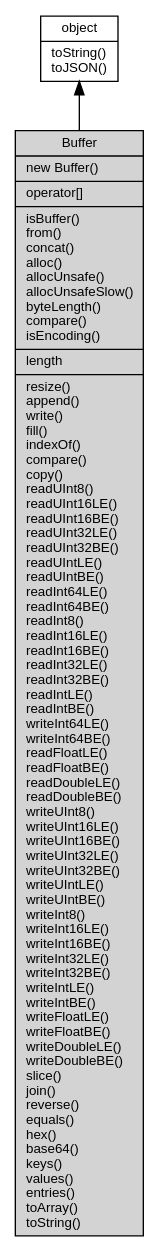
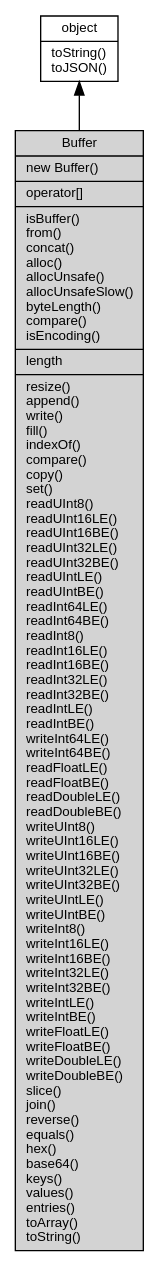
The diagram in docs/manual/object/ifs/Buffer.md (fibjs/fibjs.org), drawn with Graphviz before and after one commit. The commit also changed other lines of this file and 216 other files, not shown here.

````diff
--- a/docs/manual/object/ifs/Buffer.md
+++ b/docs/manual/object/ifs/Buffer.md
@@ -11,10 +11,10 @@
 ```dot
 digraph {
     node [fontname="Helvetica,sans-Serif", fontsize=10, shape="record", style="filled", fillcolor="white"];
 
     object [tooltip="object", URL="object.md", label="{object|toString()\ltoJSON()\l}"];
-    Buffer [tooltip="Buffer", fillcolor="lightgray", id="me", label="{Buffer|new Buffer()\l|operator[]\l|isBuffer()\lfrom()\lconcat()\lalloc()\lallocUnsafe()\lallocUnsafeSlow()\lbyteLength()\lcompare()\lisEncoding()\l|length\l|resize()\lappend()\lwrite()\lfill()\lindexOf()\lcompare()\lcopy()\lreadUInt8()\lreadUInt16LE()\lreadUInt16BE()\lreadUInt32LE()\lreadUInt32BE()\lreadUIntLE()\lreadUIntBE()\lreadInt64LE()\lreadInt64BE()\lreadInt8()\lreadInt16LE()\lreadInt16BE()\lreadInt32LE()\lreadInt32BE()\lreadIntLE()\lreadIntBE()\lwriteInt64LE()\lwriteInt64BE()\lreadFloatLE()\lreadFloatBE()\lreadDoubleLE()\lreadDoubleBE()\lwriteUInt8()\lwriteUInt16LE()\lwriteUInt16BE()\lwriteUInt32LE()\lwriteUInt32BE()\lwriteUIntLE()\lwriteUIntBE()\lwriteInt8()\lwriteInt16LE()\lwriteInt16BE()\lwriteInt32LE()\lwriteInt32BE()\lwriteIntLE()\lwriteIntBE()\lwriteFloatLE()\lwriteFloatBE()\lwriteDoubleLE()\lwriteDoubleBE()\lslice()\ljoin()\lreverse()\lequals()\lhex()\lbase64()\lkeys()\lvalues()\lentries()\ltoArray()\ltoString()\l}"];
+    Buffer [tooltip="Buffer", fillcolor="lightgray", id="me", label="{Buffer|new Buffer()\l|operator[]\l|isBuffer()\lfrom()\lconcat()\lalloc()\lallocUnsafe()\lallocUnsafeSlow()\lbyteLength()\lcompare()\lisEncoding()\l|length\l|resize()\lappend()\lwrite()\lfill()\lindexOf()\lcompare()\lcopy()\lset()\lreadUInt8()\lreadUInt16LE()\lreadUInt16BE()\lreadUInt32LE()\lreadUInt32BE()\lreadUIntLE()\lreadUIntBE()\lreadInt64LE()\lreadInt64BE()\lreadInt8()\lreadInt16LE()\lreadInt16BE()\lreadInt32LE()\lreadInt32BE()\lreadIntLE()\lreadIntBE()\lwriteInt64LE()\lwriteInt64BE()\lreadFloatLE()\lreadFloatBE()\lreadDoubleLE()\lreadDoubleBE()\lwriteUInt8()\lwriteUInt16LE()\lwriteUInt16BE()\lwriteUInt32LE()\lwriteUInt32BE()\lwriteUIntLE()\lwriteUIntBE()\lwriteInt8()\lwriteInt16LE()\lwriteInt16BE()\lwriteInt32LE()\lwriteInt32BE()\lwriteIntLE()\lwriteIntBE()\lwriteFloatLE()\lwriteFloatBE()\lwriteDoubleLE()\lwriteDoubleBE()\lslice()\ljoin()\lreverse()\lequals()\lhex()\lbase64()\lkeys()\lvalues()\lentries()\ltoArray()\ltoString()\l}"];
 
     object -> Buffer [dir=back];
 }
 ```
````
